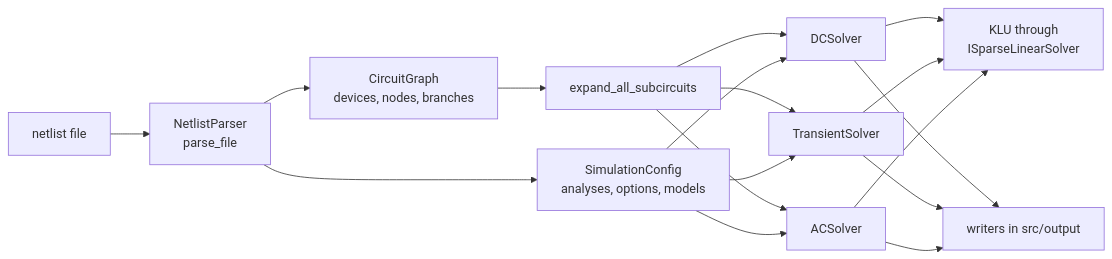
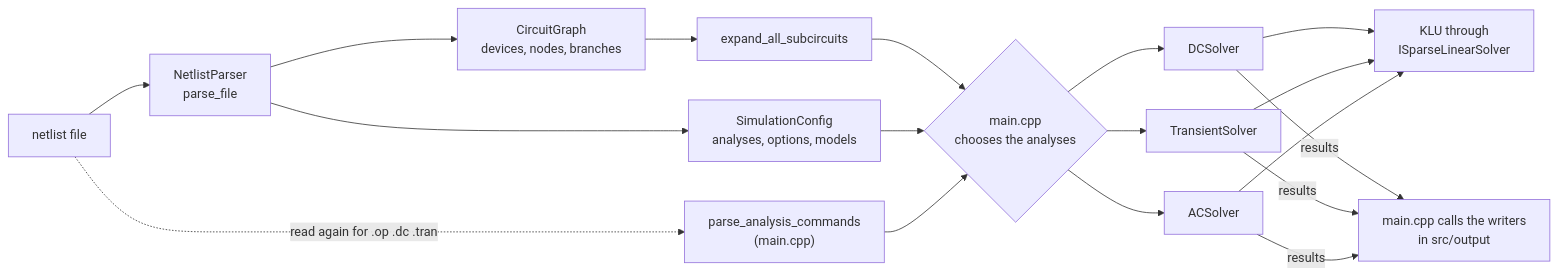
The first of 3 diagrams in docs/ARCHITECTURE.md (kurochan001/kirimaspice), drawn with Mermaid before and after one commit. The commit also changed other lines of this file and 3 other files, not shown here.

First line of the commit message:
Correct the architecture and development guides

````diff
--- a/docs/ARCHITECTURE.md
+++ b/docs/ARCHITECTURE.md
@@ -35,13 +35,14 @@
 ```mermaid
 flowchart LR
     N[netlist file] --> P[NetlistParser<br/>parse_file]
+    N -. "read again for .op .dc .tran" .-> A["parse_analysis_commands<br/>(main.cpp)"]
     P --> C[CircuitGraph<br/>devices, nodes, branches]
     P --> S[SimulationConfig<br/>analyses, options, models]
     C --> X[expand_all_subcircuits]
-    X --> DC[DCSolver]
-    X --> TR[TransientSolver]
-    X --> AC[ACSolver]
-    S --> DC & TR & AC
+    X & S & A --> M{main.cpp<br/>chooses the analyses}
+    M --> DC[DCSolver]
+    M --> TR[TransientSolver]
+    M --> AC[ACSolver]
     DC & TR & AC --> K[KLU through<br/>ISparseLinearSolver]
-    DC & TR & AC --> W[writers in src/output]
+    DC & TR & AC -->|results| W["main.cpp calls the writers<br/>in src/output"]
 ```
````
